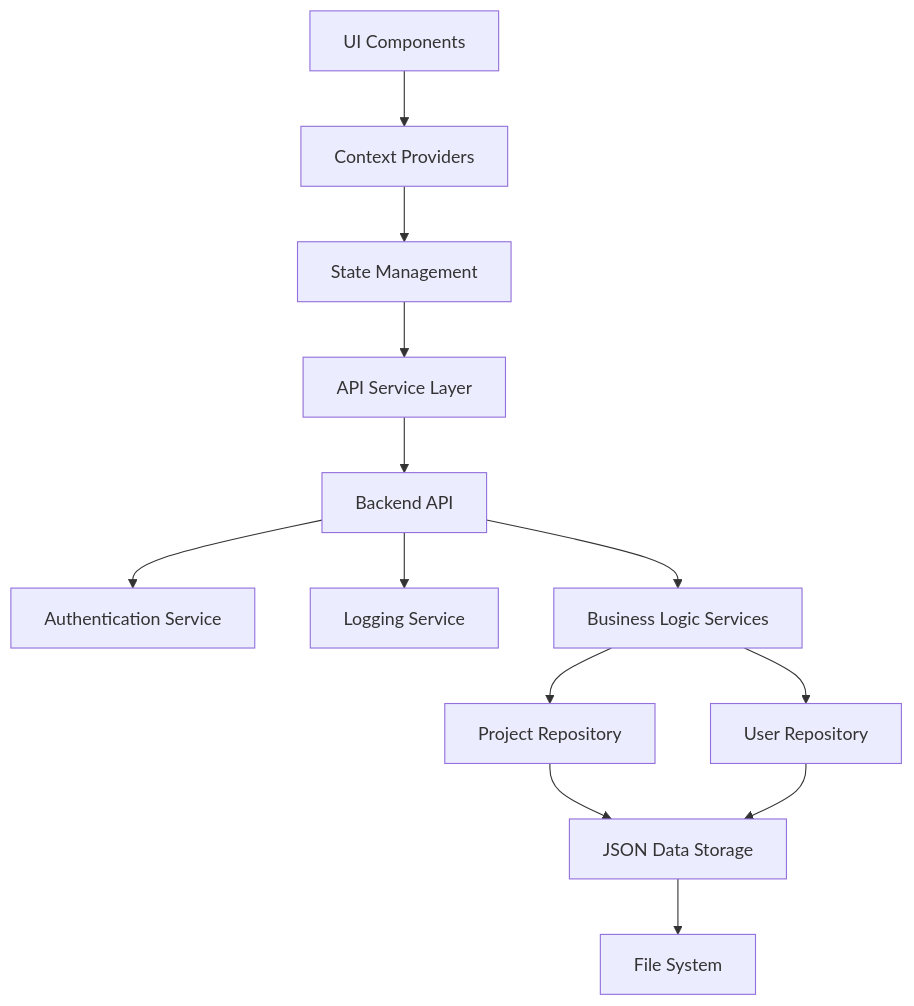
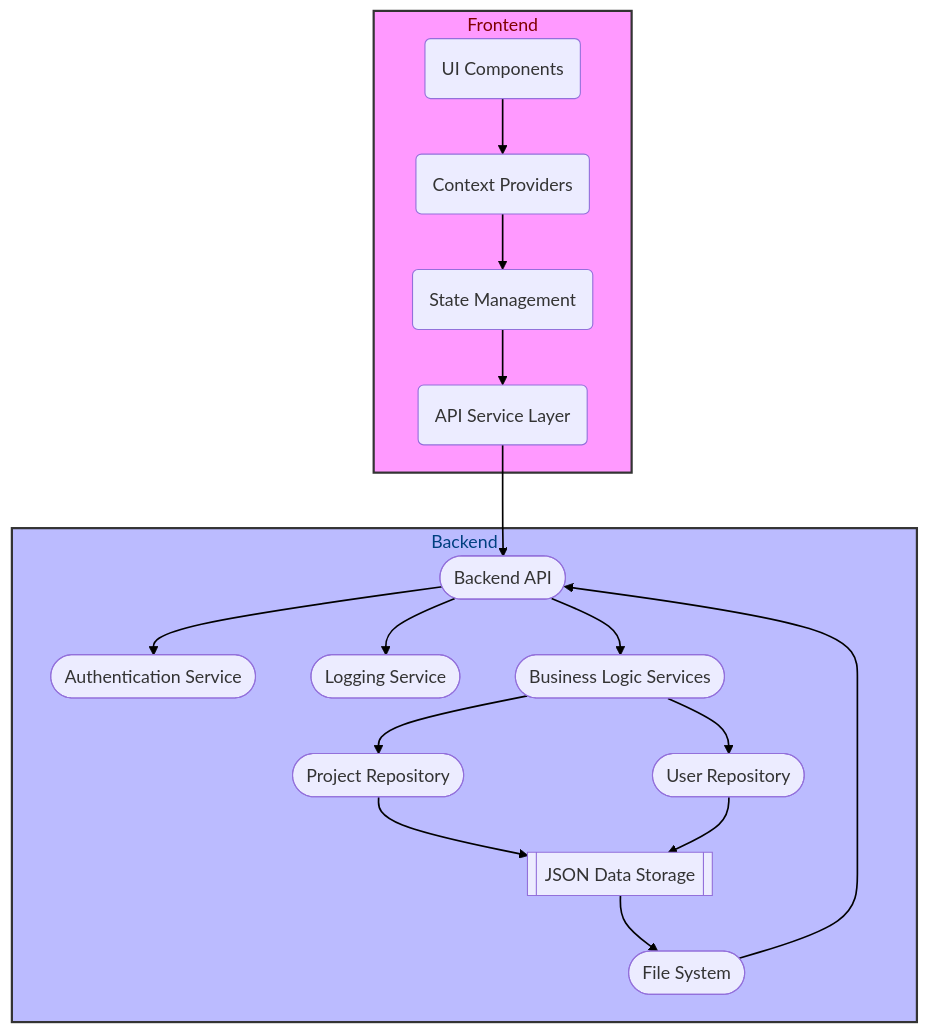
The second of 11 diagrams in Docs/entire_project/architecture.md (Shakour-Data/ProjectManagement), drawn with Mermaid before and after one commit. The commit also changed other lines of this file, not shown here.

````diff
--- a/Docs/entire_project/architecture.md
+++ b/Docs/entire_project/architecture.md
@@ -37,15 +60,37 @@
 ```mermaid
 graph TD
-    FE_UI[UI Components] --> FE_CTX[Context Providers]
-    FE_CTX --> FE_STM[State Management]
-    FE_STM --> FE_API[API Service Layer]
-    FE_API --> BE_API[Backend API]
-    BE_API --> SV_AUTH[Authentication Service]
-    BE_API --> SV_LOG[Logging Service]
-    BE_API --> SV_BUS[Business Logic Services]
-    SV_BUS --> RP_PRJ[Project Repository]
-    SV_BUS --> RP_USR[User Repository]
-    RP_PRJ --> DS_JSON[JSON Data Storage]
+    linkStyle default stroke:#000,stroke-width:1.5px
+    subgraph Frontend
+        style Frontend fill:#f9f,stroke:#333,stroke-width:2px,color:#800000
+        FE_UI(UI Components)
+        FE_CTX(Context Providers)
+        FE_STM(State Management)
+        FE_API(API Service Layer)
+    end
+
+    subgraph Backend
+        style Backend fill:#bbf,stroke:#333,stroke-width:2px,color:#004080
+        BE_API([Backend API])
+        SV_AUTH([Authentication Service])
+        SV_LOG([Logging Service])
+        SV_BUS([Business Logic Services])
+        RP_PRJ([Project Repository])
+        RP_USR([User Repository])
+        DS_JSON[[JSON Data Storage]]
+        FS([File System])
+    end
+
+    FE_UI --> FE_CTX
+    FE_CTX --> FE_STM
+    FE_STM --> FE_API
+    FE_API --> BE_API
+    BE_API --> SV_AUTH
+    BE_API --> SV_LOG
+    BE_API --> SV_BUS
+    SV_BUS --> RP_PRJ
+    SV_BUS --> RP_USR
+    RP_PRJ --> DS_JSON
     RP_USR --> DS_JSON
-    DS_JSON --> FS[File System]
+    DS_JSON --> FS
+    FS --> BE_API   
 ```
````
